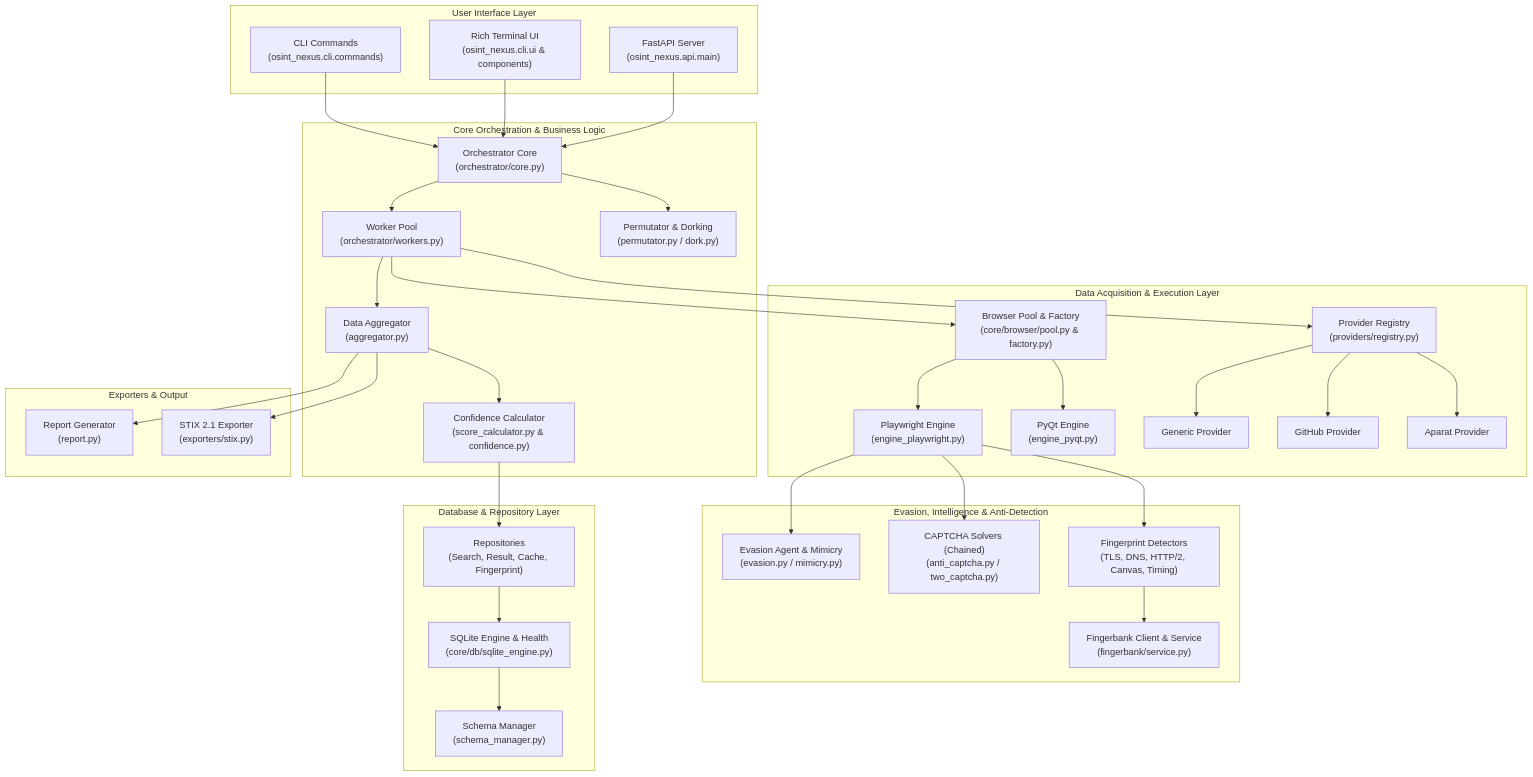
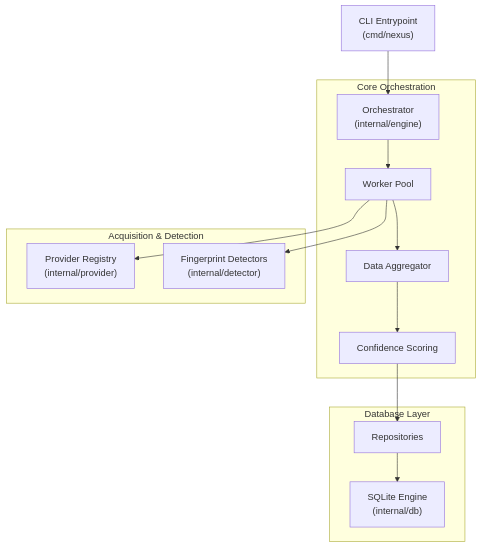
The diagram in docs/DOCUMENTATION_BLUE_PRINT.md (FJ-cyberzilla/osint-nexus), drawn with Mermaid before and after one commit. The commit also changed other lines of this file and 333 other files, not shown here.

Commit message:
feat(migration): migrate osint-nexus core from python to golang

````diff
--- a/docs/DOCUMENTATION_BLUE_PRINT.md
+++ b/docs/DOCUMENTATION_BLUE_PRINT.md
@@ -26,81 +17,30 @@
 ```mermaid
 flowchart TB
-    subgraph UI_Layer ["User Interface Layer"]
-        CLI["CLI Commands\n(osint_nexus.cli.commands)"]
-        TUI["Rich Terminal UI\n(osint_nexus.cli.ui & components)"]
-        API["FastAPI Server\n(osint_nexus.api.main)"]
+    CLI["CLI Entrypoint\n(cmd/nexus)"]
+    
+    subgraph Core_Orchestrator ["Core Orchestration"]
+        ORCH["Orchestrator\n(internal/engine)"]
+        WORKERS["Worker Pool"]
+        AGG["Data Aggregator"]
+        SCORE["Confidence Scoring"]
     end
 
-    subgraph Core_Orchestrator ["Core Orchestration & Business Logic"]
-        ORCH["Orchestrator Core\n(orchestrator/core.py)"]
-        WORKERS["Worker Pool\n(orchestrator/workers.py)"]
-        AGG["Data Aggregator\n(aggregator.py)"]
-        SCORE["Confidence Calculator\n(score_calculator.py & confidence.py)"]
-        PERM["Permutator & Dorking\n(permutator.py / dork.py)"]
+    subgraph Data_Acquisition ["Acquisition & Detection"]
+        PROVIDERS["Provider Registry\n(internal/provider)"]
+        DETECTORS["Fingerprint Detectors\n(internal/detector)"]
     end
 
-    subgraph Data_Acquisition ["Data Acquisition & Execution Layer"]
-        BROWSER_POOL["Browser Pool & Factory\n(core/browser/pool.py & factory.py)"]
-        PLAYWRIGHT["Playwright Engine\n(engine_playwright.py)"]
-        PYQT["PyQt Engine\n(engine_pyqt.py)"]
-        PROVIDERS["Provider Registry\n(providers/registry.py)"]
-        GENERIC_P["Generic Provider"]
-        GH_P["GitHub Provider"]
-        APARAT_P["Aparat Provider"]
+    subgraph Storage_Layer ["Database Layer"]
+        DB["SQLite Engine\n(internal/db)"]
+        REPOS["Repositories"]
     end
 
-    subgraph Evasion_Detection ["Evasion, Intelligence & Anti-Detection"]
-        EVASION["Evasion Agent & Mimicry\n(evasion.py / mimicry.py)"]
-        CAPTCHA["CAPTCHA Solvers (Chained)\n(anti_captcha.py / two_captcha.py)"]
-        DETECTORS["Fingerprint Detectors\n(TLS, DNS, HTTP/2, Canvas, Timing)"]
-        FINGERBANK["Fingerbank Client & Service\n(fingerbank/service.py)"]
-    end
-
-    subgraph Storage_Layer ["Database & Repository Layer"]
-        DB_ENGINE["SQLite Engine & Health\n(core/db/sqlite_engine.py)"]
-        SCHEMA["Schema Manager\n(schema_manager.py)"]
-        REPOS["Repositories\n(Search, Result, Cache, Fingerprint)"]
-    end
-
-    subgraph Export_Layer ["Exporters & Output"]
-        REPORT["Report Generator\n(report.py)"]
-        STIX["STIX 2.1 Exporter\n(exporters/stix.py)"]
-    end
-
-    %% User Interactions
     CLI --> ORCH
-    TUI --> ORCH
-    API --> ORCH
-
-    %% Orchestrator connections
     ORCH --> WORKERS
-    ORCH --> PERM
-    WORKERS --> BROWSER_POOL
     WORKERS --> PROVIDERS
+    WORKERS --> DETECTORS
     WORKERS --> AGG
-
-    %% Browser Engines
-    BROWSER_POOL --> PLAYWRIGHT
-    BROWSER_POOL --> PYQT
-
-    %% Providers
-    PROVIDERS --> GENERIC_P
-    PROVIDERS --> GH_P
-    PROVIDERS --> APARAT_P
-
-    %% Evasion & Detection Integration
-    PLAYWRIGHT --> EVASION
-    PLAYWRIGHT --> CAPTCHA
-    PLAYWRIGHT --> DETECTORS
-    DETECTORS --> FINGERBANK
-
-    %% Storage connections
     AGG --> SCORE
     SCORE --> REPOS
-    REPOS --> DB_ENGINE
-    DB_ENGINE --> SCHEMA
-
-    %% Exporters
-    AGG --> REPORT
-    AGG --> STIX
+    REPOS --> DB
 ```
````
